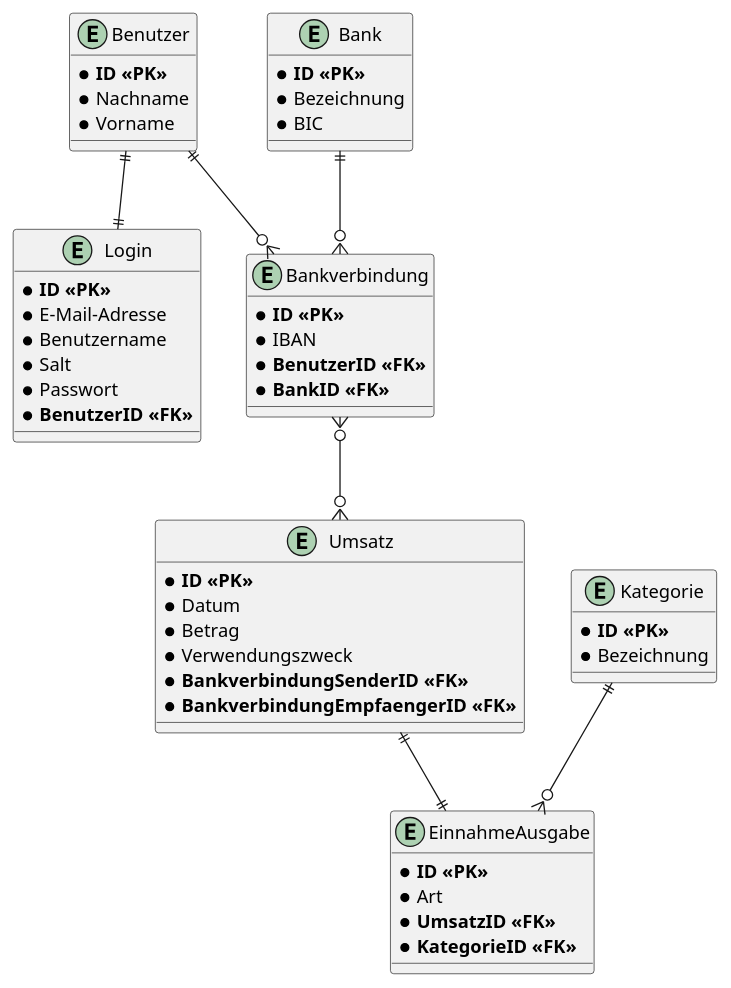
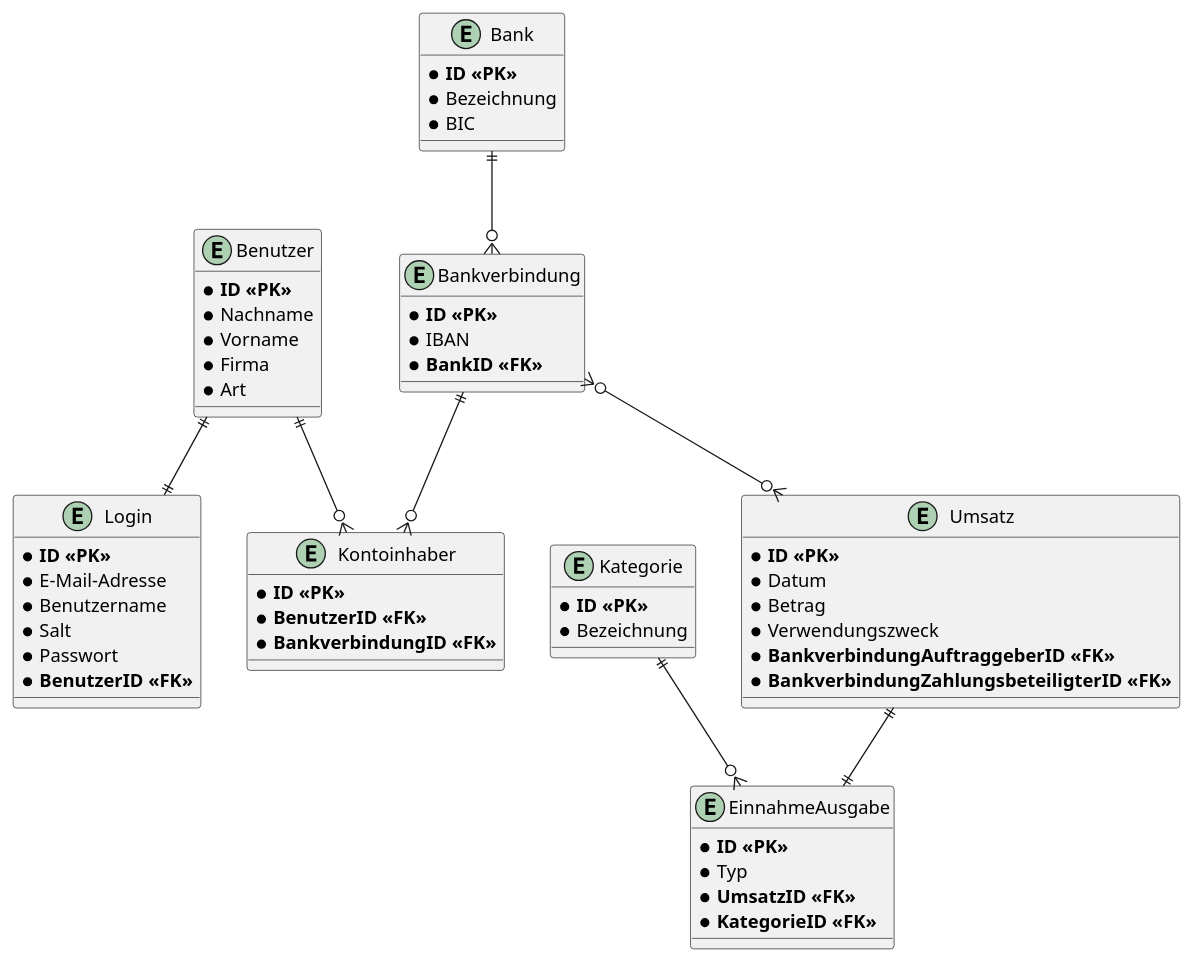
Before and after one commit to justinhada/StatementOfQosts: the diagram in designs/NewERM.puml, drawn with PlantUML. The commit also changed 18 other files, not shown here.

```diff
--- a/designs/NewERM.puml
+++ b/designs/NewERM.puml
@@ -1,64 +1,73 @@
 @startuml
 entity Benutzer
 {
     * **ID <<PK>>**
     * Nachname
     * Vorname
+    * Firma
+    * Art
 }
 
 entity Login
 {
     * **ID <<PK>>**
     * E-Mail-Adresse
     * Benutzername
     * Salt
     * Passwort
     * **BenutzerID <<FK>>**
 }
 
 entity Bank
 {
     * **ID <<PK>>**
     * Bezeichnung
     * BIC
 }
 
+entity Kontoinhaber
+{
+    * **ID <<PK>>**
+    * **BenutzerID <<FK>>**
+    * **BankverbindungID <<FK>>**
+}
+
 entity Bankverbindung
 {
     * **ID <<PK>>**
     * IBAN
-    * **BenutzerID <<FK>>**
     * **BankID <<FK>>**
 }
 
 entity Umsatz
 {
     * **ID <<PK>>**
     * Datum
     * Betrag
     * Verwendungszweck
-    * **BankverbindungSenderID <<FK>>**
-    * **BankverbindungEmpfaengerID <<FK>>**
+    * **BankverbindungAuftraggeberID <<FK>>**
+    * **BankverbindungZahlungsbeteiligterID <<FK>>**
 }
 
 entity EinnahmeAusgabe
 {
     * **ID <<PK>>**
-    * Art
+    * Typ
     * **UmsatzID <<FK>>**
     * **KategorieID <<FK>>**
 }
 
 entity Kategorie
 {
     * **ID <<PK>>**
     * Bezeichnung
 }
 
 Benutzer ||--|| Login
-Benutzer ||--o{ Bankverbindung
+Benutzer ||--o{ Kontoinhaber
+Bankverbindung ||--o{ Kontoinhaber
 Bank ||--o{ Bankverbindung
 Bankverbindung }o--o{ Umsatz
 Kategorie ||--o{ EinnahmeAusgabe
 Umsatz ||--|| EinnahmeAusgabe
 @enduml
```
